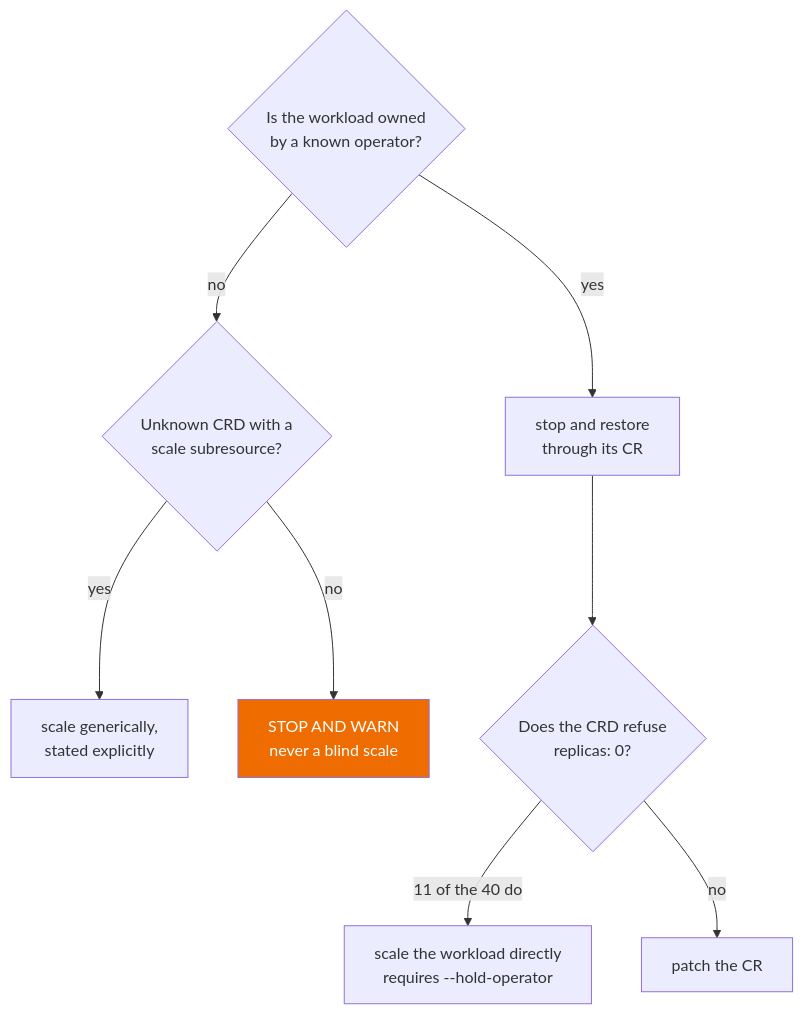
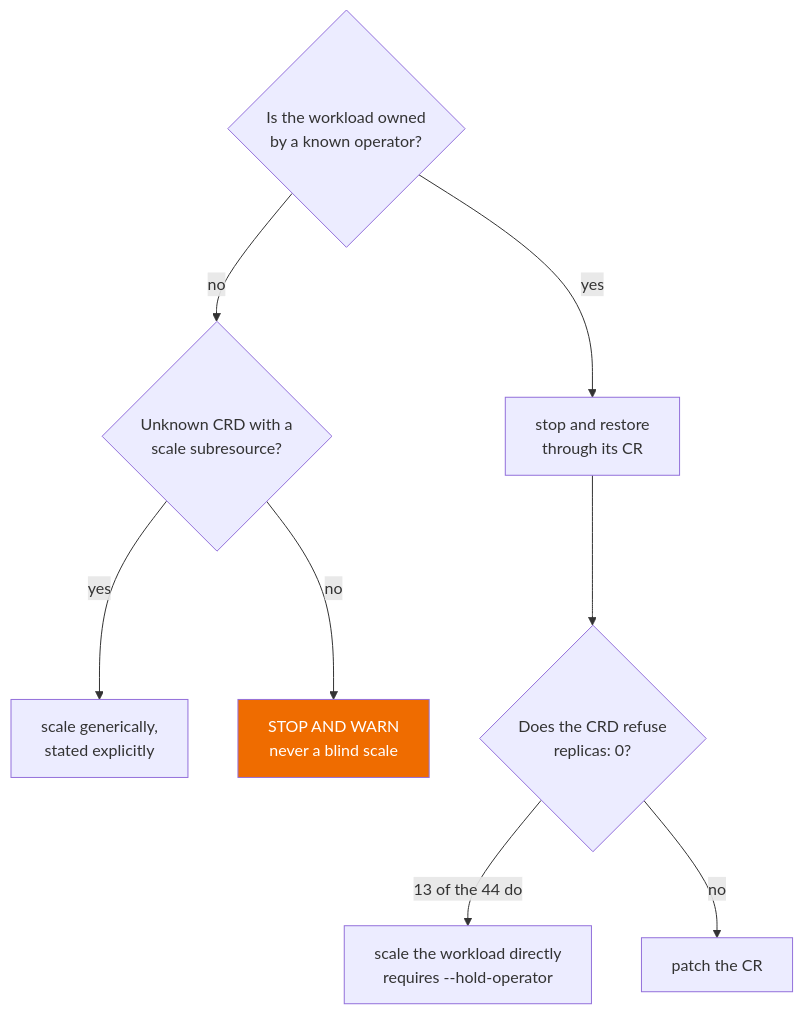
Before and after one commit to trident-port/overview: the second of 2 diagrams in README.md, drawn with Mermaid. The commit also changed other lines of this file and 2 other files, not shown here.

Commit message:
README and install guides: current release v1.2.12, 44 operator kinds, measurements up to 13 Nov

````diff
--- a/README.md
+++ b/README.md
@@ -467,11 +484,11 @@
 ```mermaid
 flowchart TD
     A{Is the workload owned<br/>by a known operator?} -->|yes| B[stop and restore<br/>through its CR]
     A -->|no| C{Unknown CRD with a<br/>scale subresource?}
     C -->|yes| D[scale generically,<br/>stated explicitly]
     C -->|no| E[STOP AND WARN<br/>never a blind scale]
     B --> F{Does the CRD refuse<br/>replicas: 0?}
-    F -->|11 of the 40 do| G[scale the workload directly<br/>requires --hold-operator]
+    F -->|13 of the 44 do| G[scale the workload directly<br/>requires --hold-operator]
     F -->|no| H[patch the CR]
     style E fill:#ef6c00,color:#fff
 ```
````
